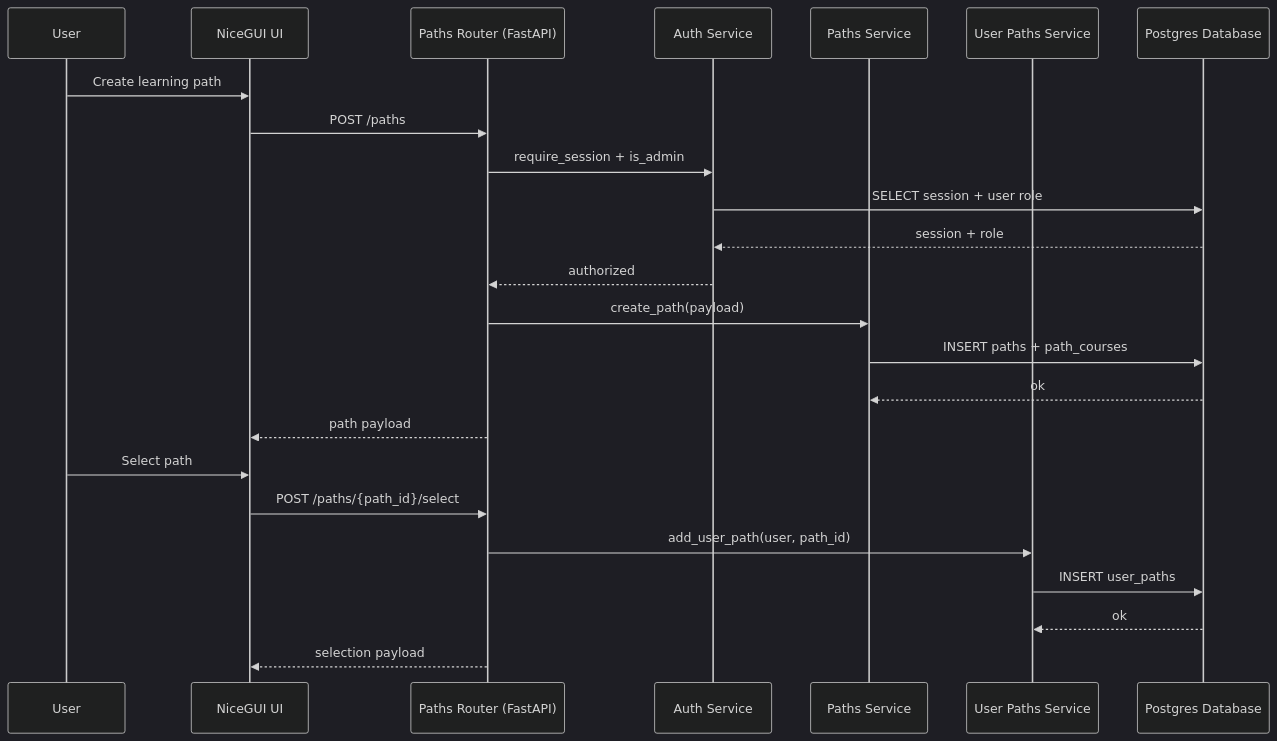
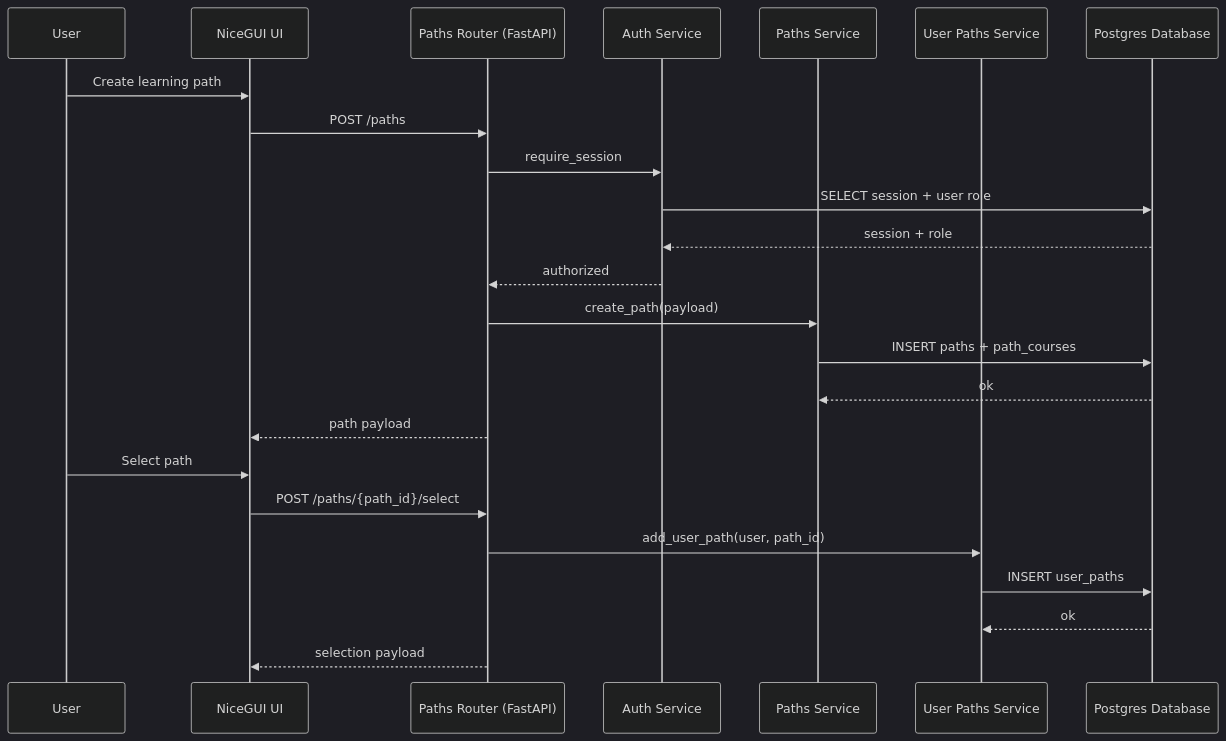
The eighth of 14 diagrams in docs/architecture_backend.md (JustinMelger/Upstream), drawn with Mermaid (dark theme) before and after one commit. The commit also changed other lines of this file and 26 other files, not shown here.

Commit message:
refactor: architecture doc alignment

````diff
--- a/docs/architecture_backend.md
+++ b/docs/architecture_backend.md
@@ -278,28 +283,28 @@
 ```mermaid
 sequenceDiagram
   participant User as User
   participant UI as NiceGUI UI
   participant API as Paths Router (FastAPI)
   participant Auth as Auth Service
   participant Paths as Paths Service
   participant UserPaths as User Paths Service
   participant DB as Postgres Database
 
   User->>UI: Create learning path
   UI->>API: POST /paths
-  API->>Auth: require_session + is_admin
+  API->>Auth: require_session
   Auth->>DB: SELECT session + user role
   DB-->>Auth: session + role
   Auth-->>API: authorized
   API->>Paths: create_path(payload)
   Paths->>DB: INSERT paths + path_courses
   DB-->>Paths: ok
   API-->>UI: path payload
 
   User->>UI: Select path
   UI->>API: POST /paths/{path_id}/select
   API->>UserPaths: add_user_path(user, path_id)
   UserPaths->>DB: INSERT user_paths
   DB-->>UserPaths: ok
   API-->>UI: selection payload
 ```
````
